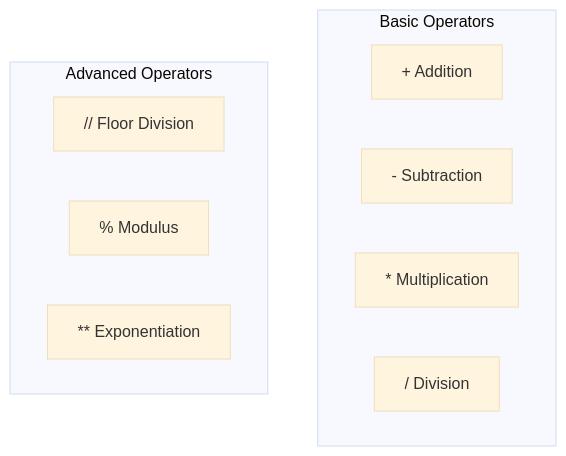
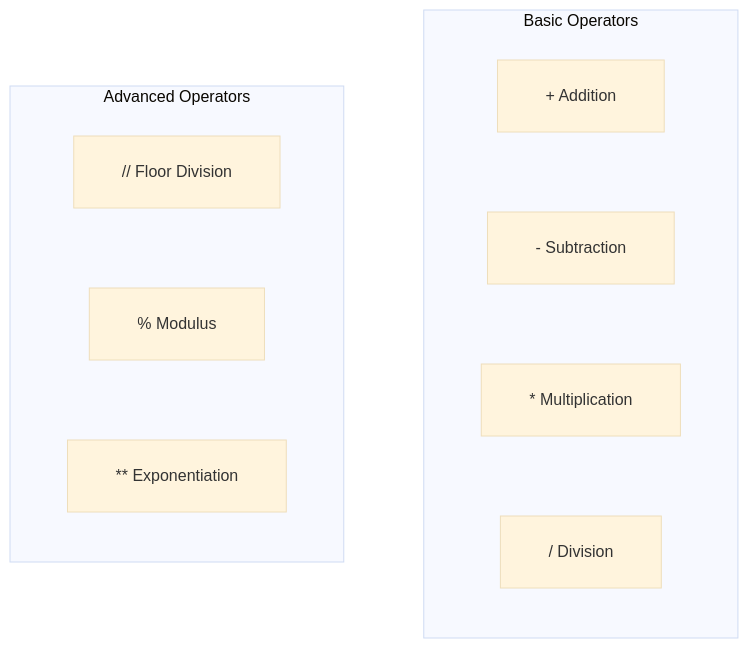
One commit to ABVenu/salcurriculum changed the second of 7 diagrams in SAL-2026/Python Basics - English/S02/NotesPresentation.md. Above: the diagram before and after it, drawn with Mermaid (base theme). The commit also changed other lines of this file and 820 other files, not shown here.

````diff
--- a/SAL-2026/Python Basics - English/S02/NotesPresentation.md
+++ b/SAL-2026/Python Basics - English/S02/NotesPresentation.md
@@ -80,14 +226,15 @@
 ```mermaid
+%%{init: {"flowchart": {"htmlLabels": false, "curve": "basis", "padding": 24, "nodeSpacing": 80, "rankSpacing": 90, "diagramPadding": 48}}}%%
 flowchart TB
-    subgraph basic["Basic Operators"]
-        A["+  Addition"]
-        S["-  Subtraction"]
-        M["*  Multiplication"]
-        D["/  Division"]
+    subgraph basic["  Basic Operators  "]
+        A["  +  Addition  "]
+        S["  -  Subtraction  "]
+        M["  *  Multiplication  "]
+        D["  /  Division  "]
     end
-    subgraph advanced["Advanced Operators"]
-        F["//  Floor Division"]
-        R["%  Modulus"]
-        E["**  Exponentiation"]
+    subgraph advanced["  Advanced Operators  "]
+        F["  //  Floor Division  "]
+        R["  %  Modulus  "]
+        E["  **  Exponentiation  "]
     end
 ```
````
